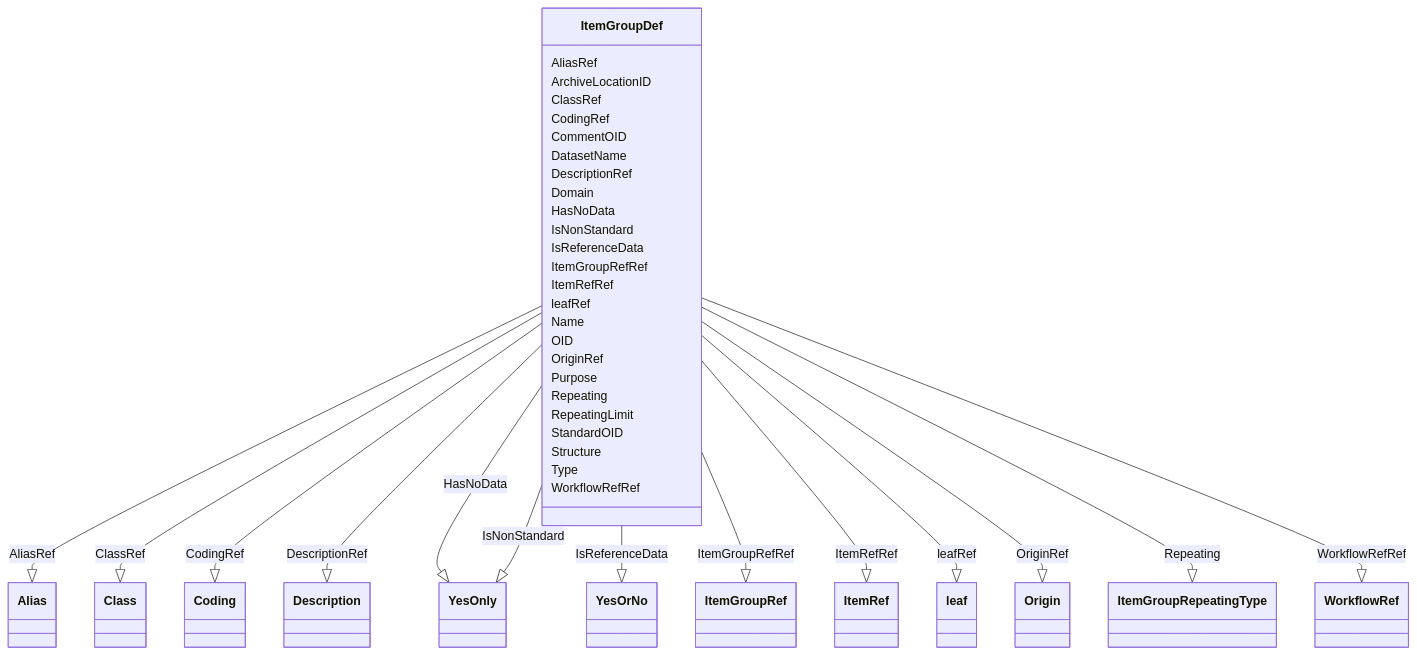
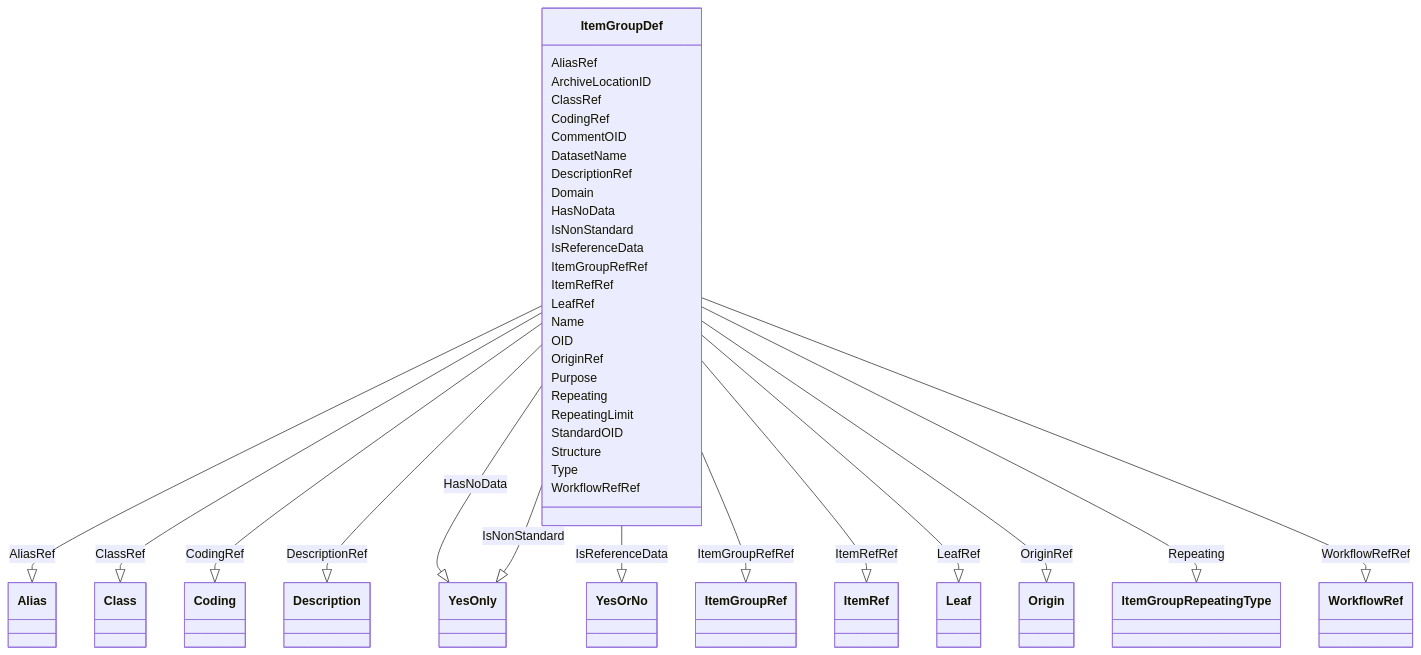
Before and after one commit to cdisc-org/DataExchange-ODM-LinkML: the diagram in docs/ItemGroupDef.md, drawn with Mermaid. The commit also changed other lines of this file and 555 other files, not shown here.

````diff
--- a/docs/ItemGroupDef.md
+++ b/docs/ItemGroupDef.md
@@ -9,79 +14,79 @@
 ```mermaid
  classDiagram
     class ItemGroupDef
       ItemGroupDef : AliasRef
         
           ItemGroupDef --|> Alias : AliasRef
         
       ItemGroupDef : ArchiveLocationID
         
       ItemGroupDef : ClassRef
         
           ItemGroupDef --|> Class : ClassRef
         
       ItemGroupDef : CodingRef
         
           ItemGroupDef --|> Coding : CodingRef
         
       ItemGroupDef : CommentOID
         
       ItemGroupDef : DatasetName
         
       ItemGroupDef : DescriptionRef
         
           ItemGroupDef --|> Description : DescriptionRef
         
       ItemGroupDef : Domain
         
       ItemGroupDef : HasNoData
         
           ItemGroupDef --|> YesOnly : HasNoData
         
       ItemGroupDef : IsNonStandard
         
           ItemGroupDef --|> YesOnly : IsNonStandard
         
       ItemGroupDef : IsReferenceData
         
           ItemGroupDef --|> YesOrNo : IsReferenceData
         
       ItemGroupDef : ItemGroupRefRef
         
           ItemGroupDef --|> ItemGroupRef : ItemGroupRefRef
         
       ItemGroupDef : ItemRefRef
         
           ItemGroupDef --|> ItemRef : ItemRefRef
         
-      ItemGroupDef : leafRef
+      ItemGroupDef : LeafRef
         
-          ItemGroupDef --|> leaf : leafRef
+          ItemGroupDef --|> Leaf : LeafRef
         
       ItemGroupDef : Name
         
       ItemGroupDef : OID
         
       ItemGroupDef : OriginRef
         
           ItemGroupDef --|> Origin : OriginRef
         
       ItemGroupDef : Purpose
         
       ItemGroupDef : Repeating
         
           ItemGroupDef --|> ItemGroupRepeatingType : Repeating
         
       ItemGroupDef : RepeatingLimit
         
       ItemGroupDef : StandardOID
         
       ItemGroupDef : Structure
         
       ItemGroupDef : Type
         
       ItemGroupDef : WorkflowRefRef
         
           ItemGroupDef --|> WorkflowRef : WorkflowRefRef
         
       
 ```
````
